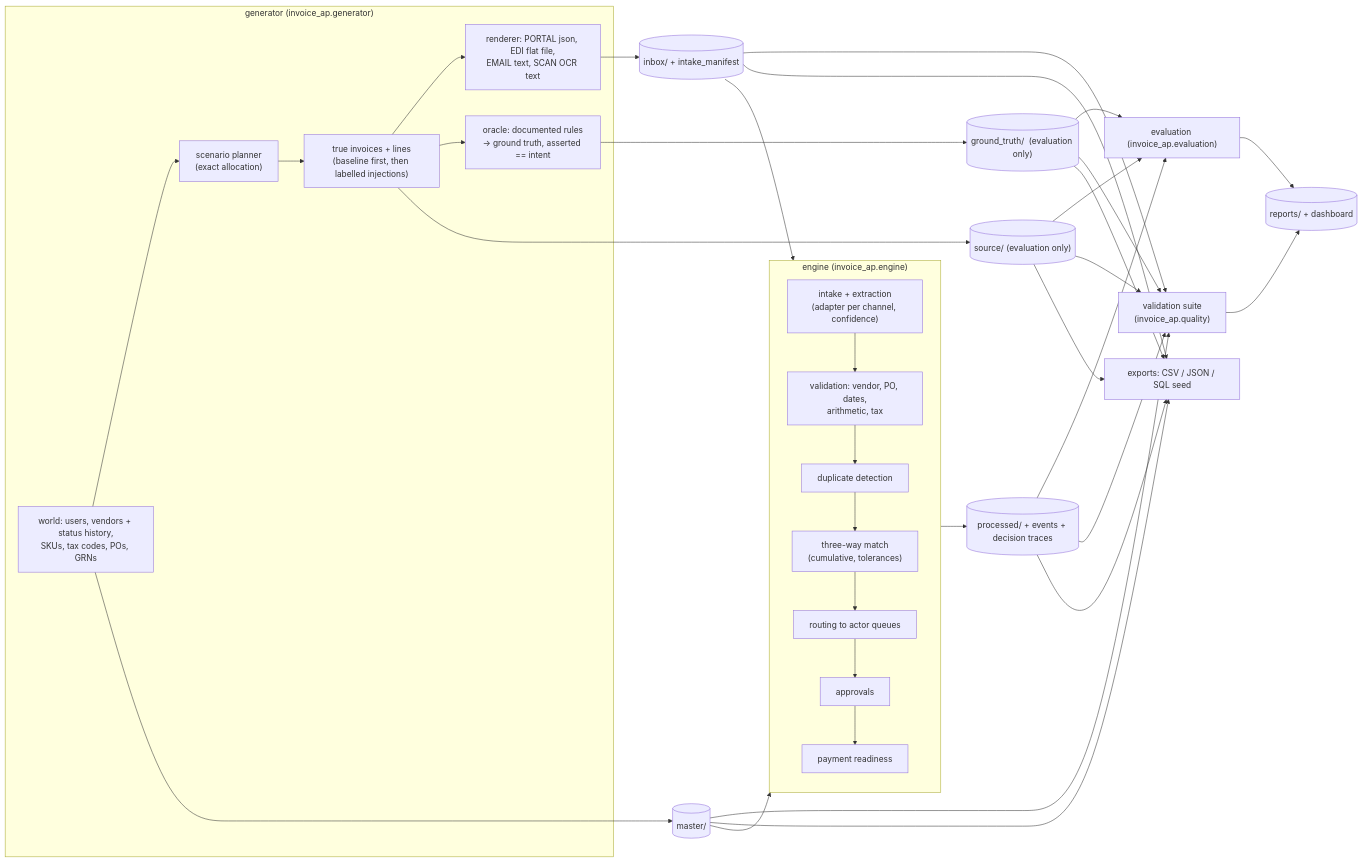
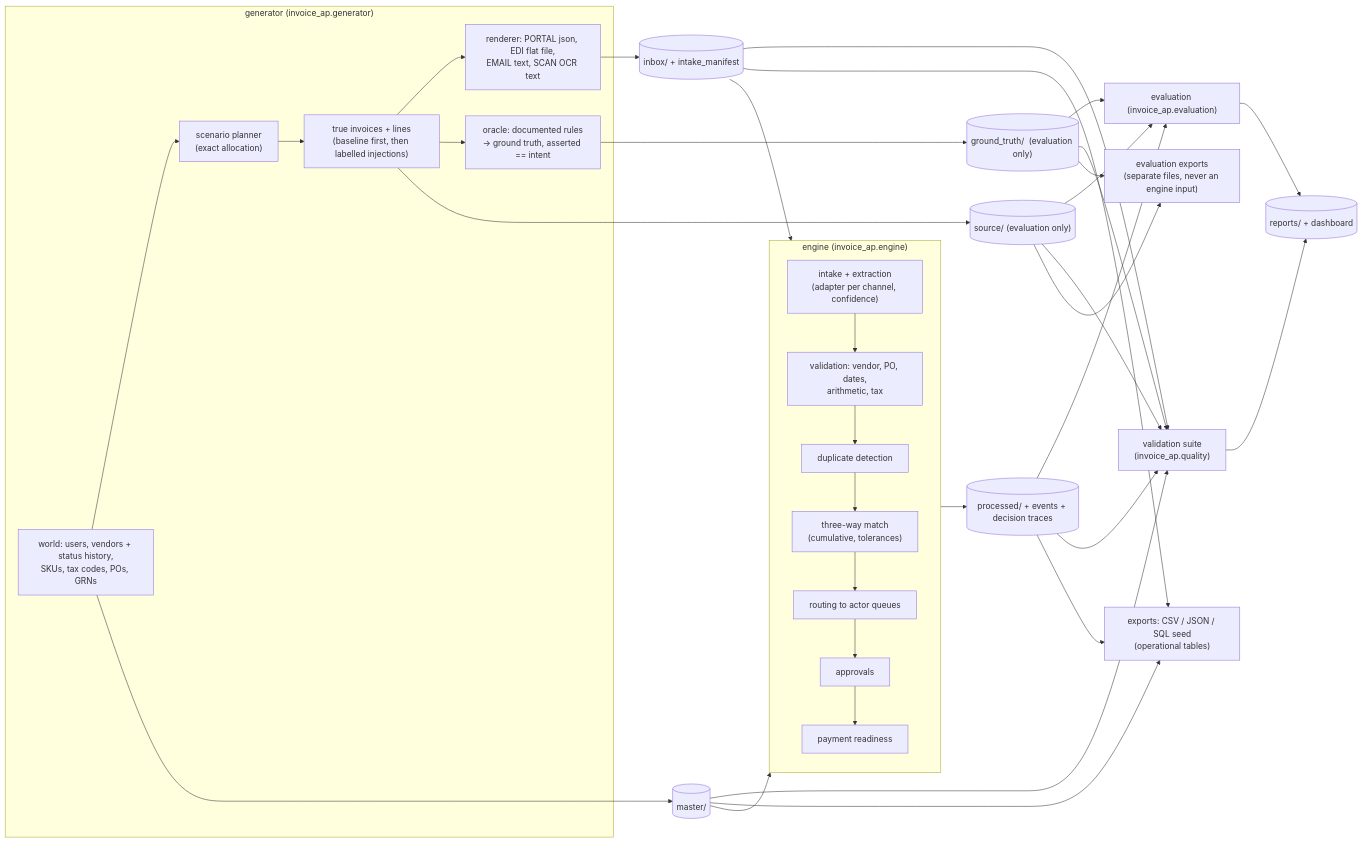
Before and after one commit to Anurag308d/invoice-ap-automation: the first of 2 diagrams in docs/architecture.md, drawn with Mermaid. The commit also changed other lines of this file and 27 other files, not shown here.

````diff
--- a/docs/architecture.md
+++ b/docs/architecture.md
@@ -21,27 +21,28 @@
 ```mermaid
 flowchart LR
   subgraph GEN["generator (invoice_ap.generator)"]
     W["world: users, vendors + status history,<br/>SKUs, tax codes, POs, GRNs"] --> P["scenario planner<br/>(exact allocation)"]
     P --> S["true invoices + lines<br/>(baseline first, then labelled injections)"]
     S --> R["renderer: PORTAL json, EDI flat file,<br/>EMAIL text, SCAN OCR text"]
     S --> O["oracle: documented rules<br/>-> ground truth, asserted == intent"]
   end
   W --> M[("master/")]
   R --> I[("inbox/ + intake_manifest")]
   S --> SRC[("source/  (evaluation only)")]
   O --> GT[("ground_truth/  (evaluation only)")]
   subgraph ENG["engine (invoice_ap.engine)"]
     X["intake + extraction<br/>(adapter per channel, confidence)"] --> V["validation: vendor, PO, dates,<br/>arithmetic, tax"]
     V --> DUP["duplicate detection"] --> MT["three-way match<br/>(cumulative, tolerances)"]
     MT --> RT["routing to actor queues"] --> AP["approvals"] --> PY["payment readiness"]
   end
   M --> ENG
   I --> ENG
   ENG --> PR[("processed/ + events + decision traces")]
   PR --> EV["evaluation (invoice_ap.evaluation)"]
   GT --> EV
   SRC --> EV
   EV --> REP[("reports/ + dashboard")]
   M & I & SRC & GT & PR --> Q["validation suite<br/>(invoice_ap.quality)"] --> REP
-  M & I & SRC & GT & PR --> XP["exports: CSV / JSON / SQL seed"]
+  M & I & PR --> XP["exports: CSV / JSON / SQL seed<br/>(operational tables)"]
+  SRC & GT --> XE["evaluation exports<br/>(separate files, never an engine input)"]
 ```
````
